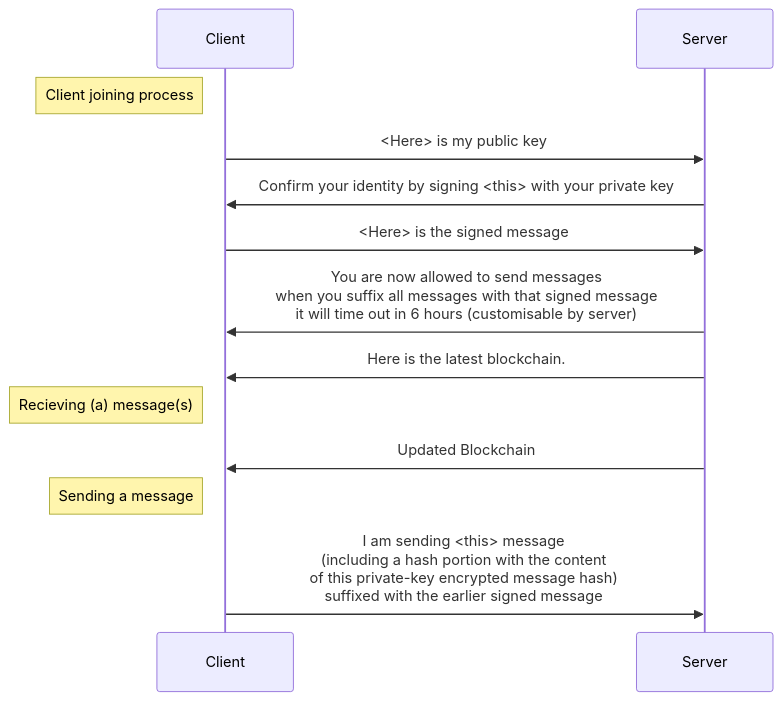
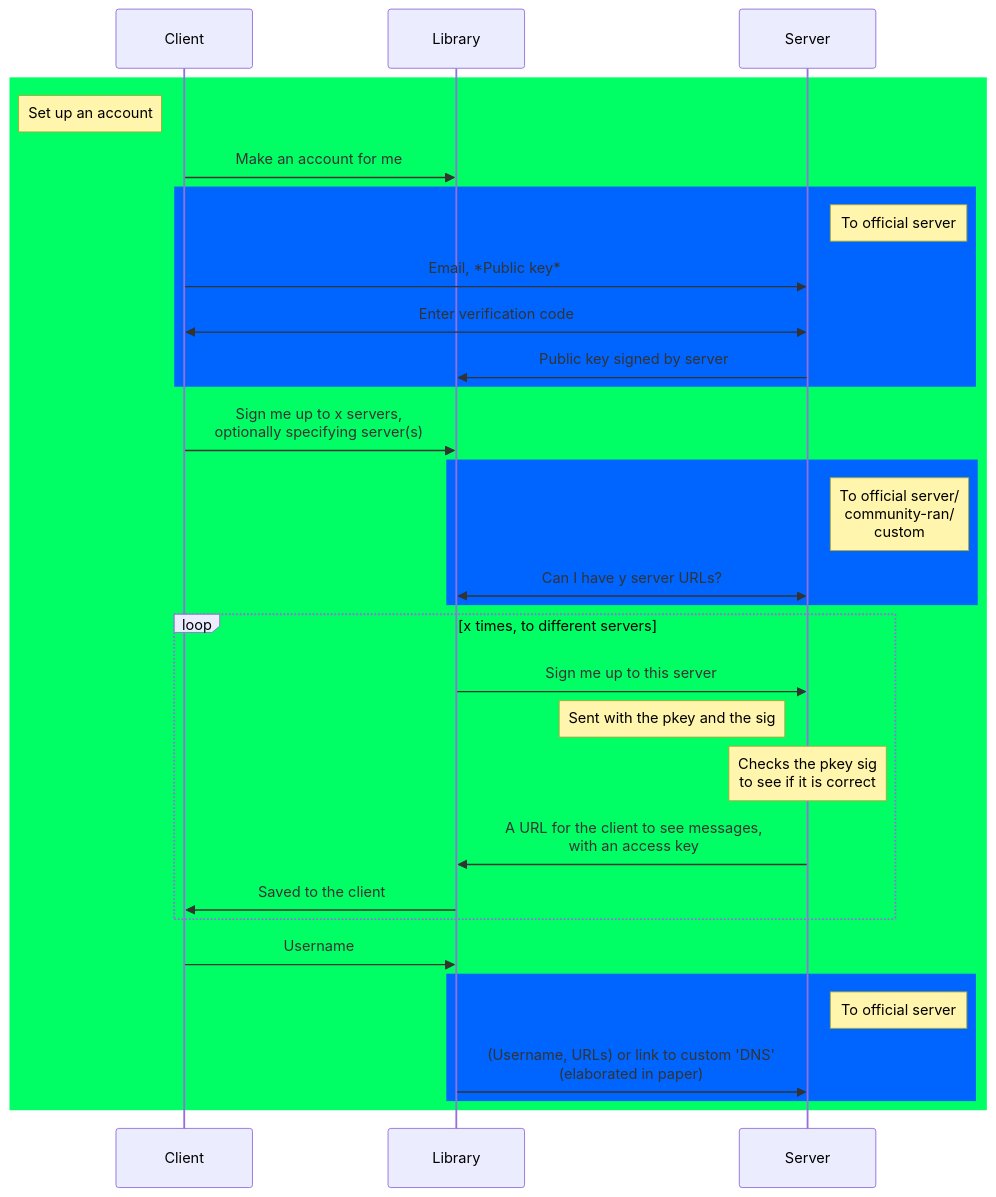
The first of 3 diagrams in README.md (dispatch-d/paper), drawn with Mermaid before and after one commit. The commit also changed other lines of this file, not shown here.

````diff
--- a/README.md
+++ b/README.md
@@ -24,17 +9,33 @@
 ```mermaid
 sequenceDiagram
-    Note left of Client: Client joining process
-    Client->>Server: <Here> is my public key
-    Server->>Client: Confirm your identity by signing <this> with your private key
-    Client->>Server: <Here> is the signed message
-    Server->>Client: You are now allowed to send messages <br>when you suffix all messages with that signed message <br> it will time out in 6 hours (customisable by server)
-    Server->>Client: Here is the latest blockchain.
-    
-    Note left of Client: Recieving (a) message(s)
-     
-    Server->>Client: Updated Blockchain
-
-    Note left of Client: Sending a message
-
-    Client->>Server: I am sending <this> message <br>(including a hash portion with the content <br> of this private-key encrypted message hash) <br> suffixed with the earlier signed message
+    rect rgb(0,255,100)
+        Note left of Client: Set up an account
+        Client->>Library: Make an account for me
+        rect rgb(0,100,255)
+            Note right of Server: To official server
+            Client->>Server: Email, *Public key*
+            Server<<->>Client: Enter verification code
+            Server->>Library: Public key signed by server
+        end
+        Client->>Library: Sign me up to x servers,<br>optionally specifying server(s)
+        rect rgb(0,100,255)
+            Note right of Server: To official server/<br>community-ran/<br>custom
+            Library<<->>Server: Can I have y server URLs?
+        end
+        %% Client->>Library: User name, optional details
+        
+        %% Server->>Client: Give me a email
+        loop x times, to different servers
+            Library->>Server: Sign me up to this server
+            Note left of Server: Sent with the pkey and the sig
+            Note over Server: Checks the pkey sig<br>to see if it is correct
+            Server->>Library: A URL for the client to see messages,<br>with an access key
+            Library->>Client: Saved to the client
+        end
+        Client->>Library:Username
+        rect rgb(0,100,255)
+            Note right of Server: To official server
+            Library->>Server: (Username, URLs) or link to custom 'DNS'<br>(elaborated in paper)
+        end
+    end
 ```
````
